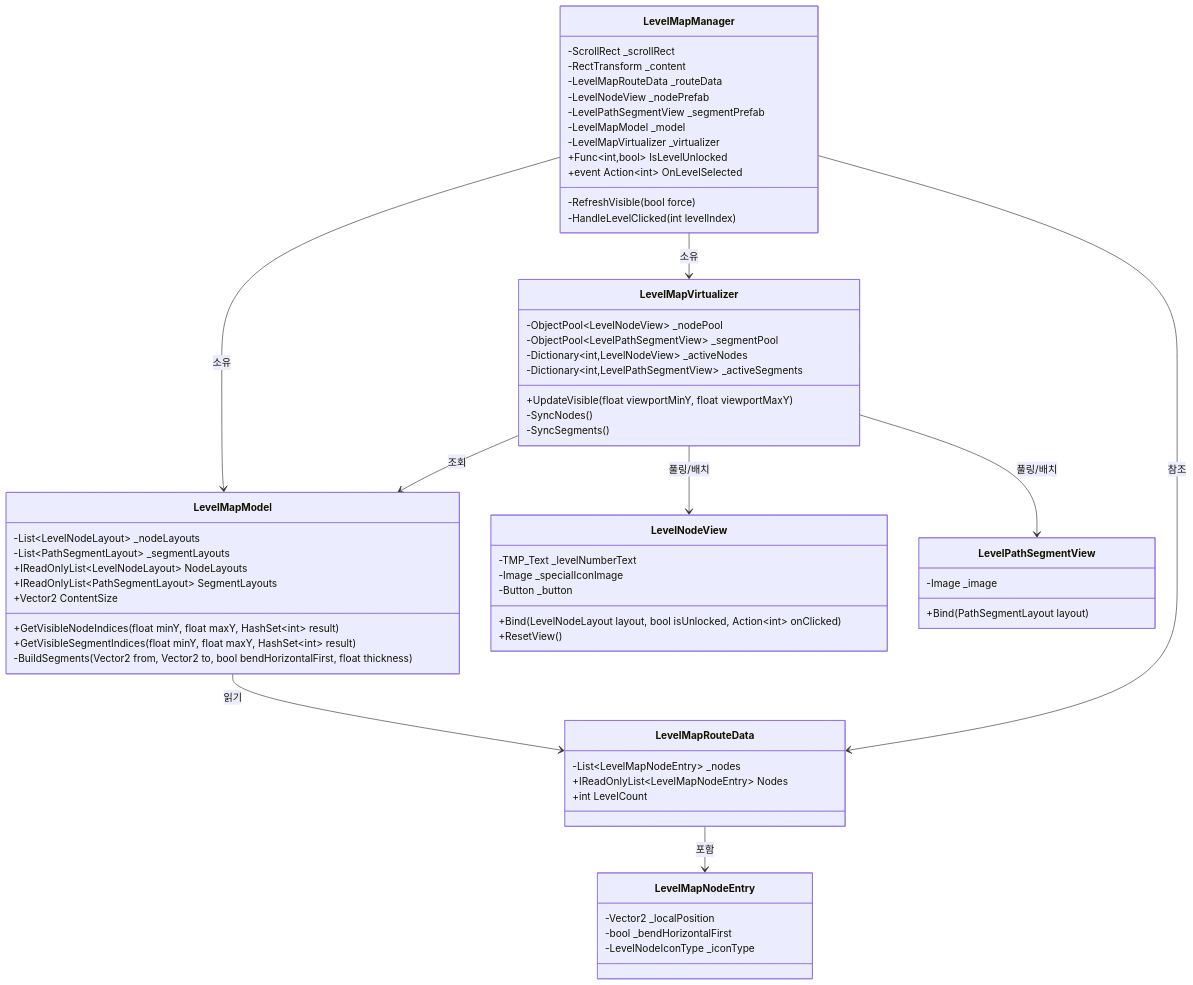
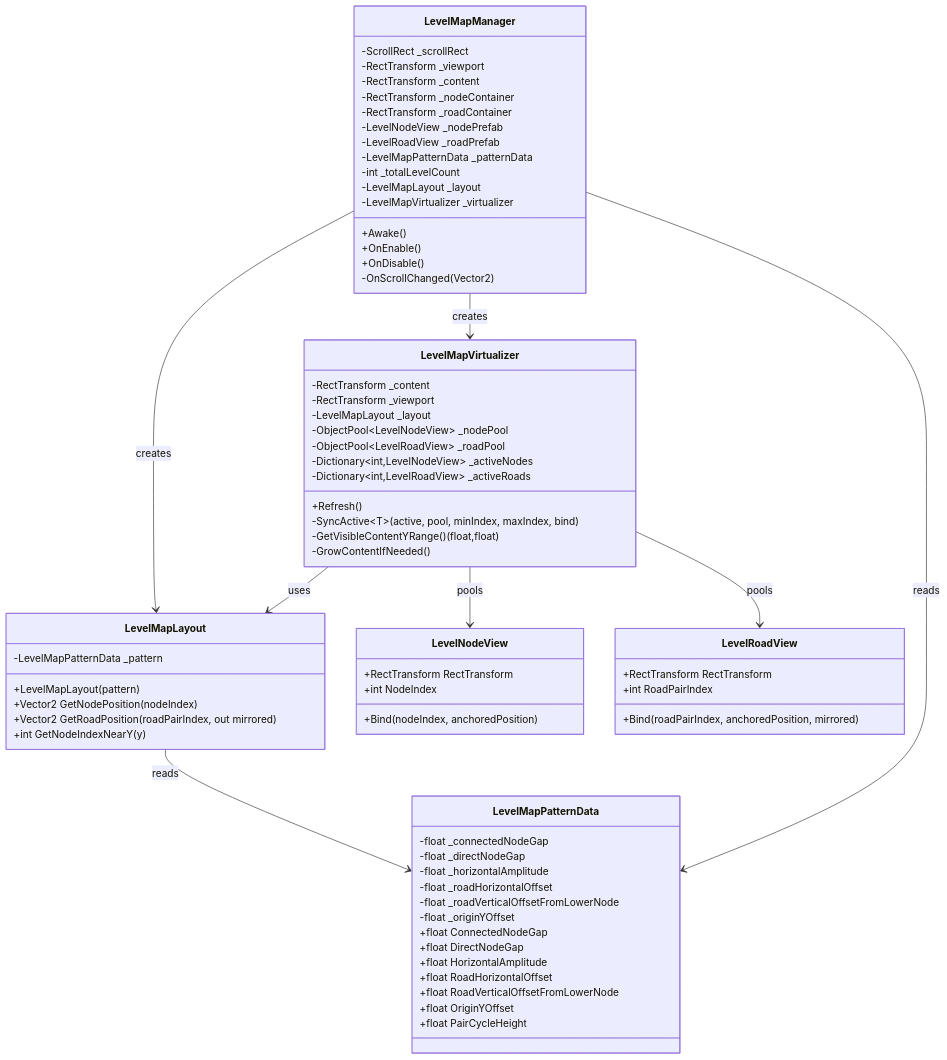
The diagram in docs/diagrams/level-map.md (chlghksgml01/BlockPuzzle), drawn with Mermaid before and after one commit. The commit also changed other lines of this file and 27 other files, not shown here.

Commit message:
feat: BP-4 Node, Road 오브젝트풀

````diff
--- a/docs/diagrams/level-map.md
+++ b/docs/diagrams/level-map.md
@@ -8,71 +9,78 @@
 ```mermaid
 classDiagram
-    class LevelMapManager {
-        -ScrollRect _scrollRect
-        -RectTransform _content
-        -LevelMapRouteData _routeData
-        -LevelNodeView _nodePrefab
-        -LevelPathSegmentView _segmentPrefab
-        -LevelMapModel _model
-        -LevelMapVirtualizer _virtualizer
-        +Func~int,bool~ IsLevelUnlocked
-        +event Action~int~ OnLevelSelected
-        -RefreshVisible(bool force)
-        -HandleLevelClicked(int levelIndex)
+    class LevelMapPatternData {
+        -float _connectedNodeGap
+        -float _directNodeGap
+        -float _horizontalAmplitude
+        -float _roadHorizontalOffset
+        -float _roadVerticalOffsetFromLowerNode
+        -float _originYOffset
+        +float ConnectedNodeGap
+        +float DirectNodeGap
+        +float HorizontalAmplitude
+        +float RoadHorizontalOffset
+        +float RoadVerticalOffsetFromLowerNode
+        +float OriginYOffset
+        +float PairCycleHeight
     }
 
-    class LevelMapModel {
-        -List~LevelNodeLayout~ _nodeLayouts
-        -List~PathSegmentLayout~ _segmentLayouts
-        +IReadOnlyList~LevelNodeLayout~ NodeLayouts
-        +IReadOnlyList~PathSegmentLayout~ SegmentLayouts
-        +Vector2 ContentSize
-        +GetVisibleNodeIndices(float minY, float maxY, HashSet~int~ result)
-        +GetVisibleSegmentIndices(float minY, float maxY, HashSet~int~ result)
-        -BuildSegments(Vector2 from, Vector2 to, bool bendHorizontalFirst, float thickness)
+    class LevelMapLayout {
+        -LevelMapPatternData _pattern
+        +LevelMapLayout(pattern)
+        +Vector2 GetNodePosition(nodeIndex)
+        +Vector2 GetRoadPosition(roadPairIndex, out mirrored)
+        +int GetNodeIndexNearY(y)
     }
 
     class LevelMapVirtualizer {
+        -RectTransform _content
+        -RectTransform _viewport
+        -LevelMapLayout _layout
         -ObjectPool~LevelNodeView~ _nodePool
-        -ObjectPool~LevelPathSegmentView~ _segmentPool
+        -ObjectPool~LevelRoadView~ _roadPool
         -Dictionary~int,LevelNodeView~ _activeNodes
-        -Dictionary~int,LevelPathSegmentView~ _activeSegments
-        +UpdateVisible(float viewportMinY, float viewportMaxY)
-        -SyncNodes()
-        -SyncSegments()
+        -Dictionary~int,LevelRoadView~ _activeRoads
+        +Refresh()
+        -SyncActive~T~(active, pool, minIndex, maxIndex, bind)
+        -GetVisibleContentYRange() (float,float)
+        -GrowContentIfNeeded()
     }
 
-    class LevelMapRouteData {
-        -List~LevelMapNodeEntry~ _nodes
-        +IReadOnlyList~LevelMapNodeEntry~ Nodes
-        +int LevelCount
-    }
-
-    class LevelMapNodeEntry {
-        -Vector2 _localPosition
-        -bool _bendHorizontalFirst
-        -LevelNodeIconType _iconType
+    class LevelMapManager {
+        -ScrollRect _scrollRect
+        -RectTransform _viewport
+        -RectTransform _content
+        -RectTransform _nodeContainer
+        -RectTransform _roadContainer
+        -LevelNodeView _nodePrefab
+        -LevelRoadView _roadPrefab
+        -LevelMapPatternData _patternData
+        -int _totalLevelCount
+        -LevelMapLayout _layout
+        -LevelMapVirtualizer _virtualizer
+        +Awake()
+        +OnEnable()
+        +OnDisable()
+        -OnScrollChanged(Vector2)
     }
 
     class LevelNodeView {
-        -TMP_Text _levelNumberText
-        -Image _specialIconImage
-        -Button _button
-        +Bind(LevelNodeLayout layout, bool isUnlocked, Action~int~ onClicked)
-        +ResetView()
+        +RectTransform RectTransform
+        +int NodeIndex
+        +Bind(nodeIndex, anchoredPosition)
     }
 
-    class LevelPathSegmentView {
-        -Image _image
-        +Bind(PathSegmentLayout layout)
+    class LevelRoadView {
+        +RectTransform RectTransform
+        +int RoadPairIndex
+        +Bind(roadPairIndex, anchoredPosition, mirrored)
     }
 
-    LevelMapManager --> LevelMapModel : 소유
-    LevelMapManager --> LevelMapVirtualizer : 소유
-    LevelMapManager --> LevelMapRouteData : 참조
-    LevelMapModel --> LevelMapRouteData : 읽기
-    LevelMapRouteData --> LevelMapNodeEntry : 포함
-    LevelMapVirtualizer --> LevelMapModel : 조회
-    LevelMapVirtualizer --> LevelNodeView : 풀링/배치
-    LevelMapVirtualizer --> LevelPathSegmentView : 풀링/배치
+    LevelMapManager --> LevelMapLayout : creates
+    LevelMapManager --> LevelMapVirtualizer : creates
+    LevelMapManager --> LevelMapPatternData : reads
+    LevelMapVirtualizer --> LevelMapLayout : uses
+    LevelMapVirtualizer --> LevelNodeView : pools
+    LevelMapVirtualizer --> LevelRoadView : pools
+    LevelMapLayout --> LevelMapPatternData : reads
 ```
````
